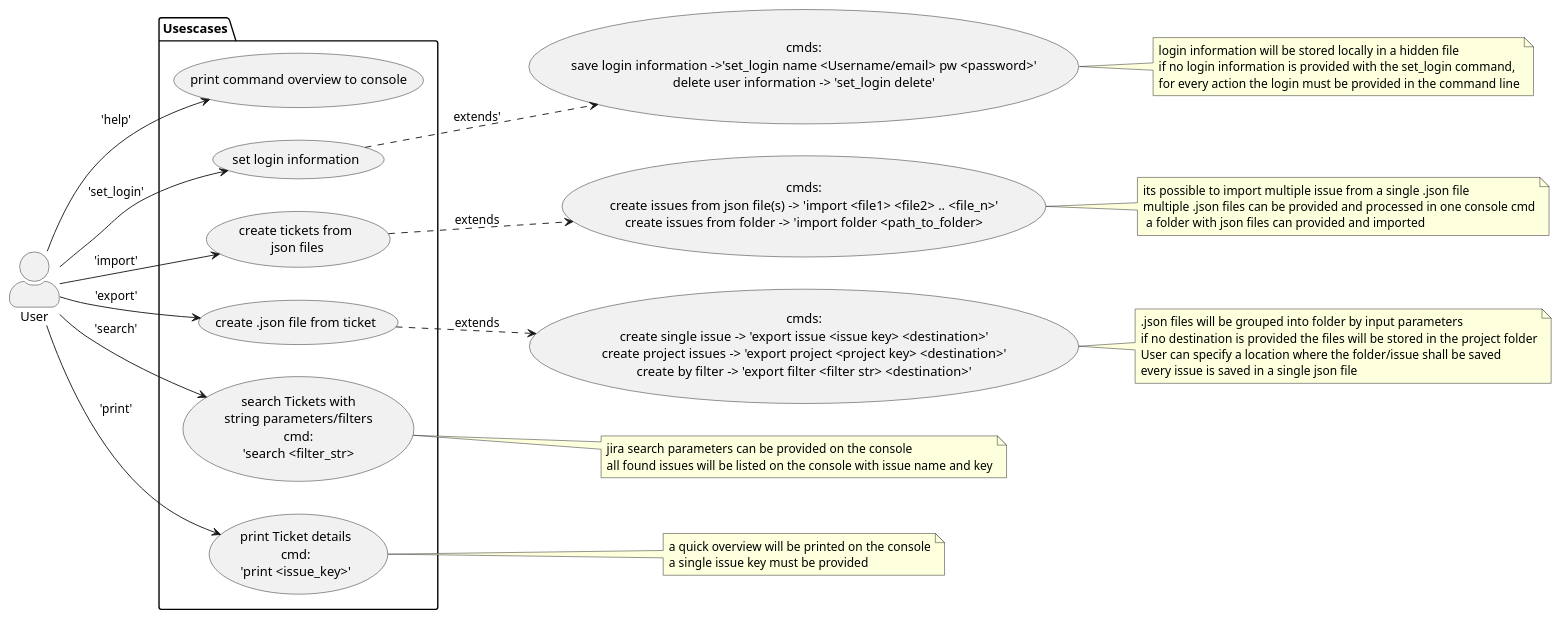
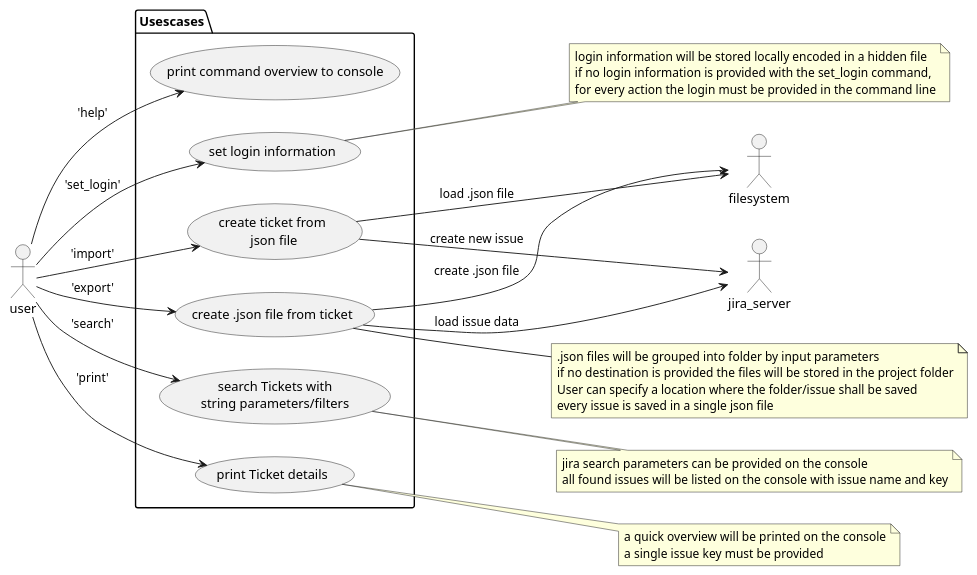
The diagram in design/use_case.puml (NewTec-GmbH/pyJiraCli), drawn with PlantUML before and after one commit. The commit also changed 1 other file, not shown here.

```diff
--- a/design/use_case.puml
+++ b/design/use_case.puml
@@ -1,40 +1,39 @@
 @startuml pyJiraCLi_useCase
 left to right direction
-skinparam actorStyle awesome
 
-actor User as user
+actor user as user
+actor jira_server as server
+actor filesystem as fs
 
 package Usescases{
 usecase UC_help as "print command overview to console"
 usecase UC_login as "set login information"
-usecase UC_import as "create tickets from\n json files"
+usecase UC_import as "create ticket from\n json file"
 usecase UC_export as "create .json file from ticket"
-usecase UC_search as "search Tickets with\nstring parameters/filters\ncmd:\n'search <filter_str>"
-usecase UC_details as "print Ticket details\ncmd:\n'print <issue_key>'"
+usecase UC_search as "search Tickets with\nstring parameters/filters"
+usecase UC_details as "print Ticket details"
 }
 
-usecase UC_import_details as "cmds:\ncreate issues from json file(s) -> 'import <file1> <file2> .. <file_n>'\ncreate issues from folder -> 'import folder <path_to_folder>" 
-usecase UC_export_details as "cmds:\ncreate single issue -> 'export issue <issue key> <destination>'\ncreate project issues -> 'export project <project key> <destination>'\ncreate by filter -> 'export filter <filter str> <destination>'"
-usecase UC_login_details as "cmds:\nsave login information ->'set_login name <Username/email> pw <password>'\ndelete user information -> 'set_login delete'"
 note ".json files will be grouped into folder by input parameters\nif no destination is provided the files will be stored in the project folder\nUser can specify a location where the folder/issue shall be saved\nevery issue is saved in a single json file" as N_export
-note "login information will be stored locally in a hidden file\nif no login information is provided with the set_login command,\nfor every action the login must be provided in the command line" as N_login
-note "its possible to import multiple issue from a single .json file\nmultiple .json files can be provided and processed in one console cmd\n a folder with json files can provided and imported" as N_import
+note "login information will be stored locally encoded in a hidden file\nif no login information is provided with the set_login command,\nfor every action the login must be provided in the command line" as N_login
 note "jira search parameters can be provided on the console\nall found issues will be listed on the console with issue name and key" as N_search
 note "a quick overview will be printed on the console\na single issue key must be provided" as N_details
 
 user --> UC_help : 'help'
 user --> UC_login : 'set_login'
-UC_login -.> UC_login_details : extends'
 user --> UC_import : 'import'
-UC_import -.> UC_import_details : extends
 user --> UC_search : 'search'
 user --> UC_export : 'export'
-UC_export  -.> UC_export_details : extends 
 user --> UC_details : 'print'
 
-UC_export_details -- N_export
-UC_login_details -- N_login
-UC_import_details -- N_import
+UC_export --> server : load issue data
+UC_export --> fs : create .json file 
+
+UC_import --> server : create new issue
+UC_import --> fs : load .json file
+
+UC_export -- N_export
+UC_login -- N_login
 UC_search -- N_search
 UC_details -- N_details
 @enduml
```
